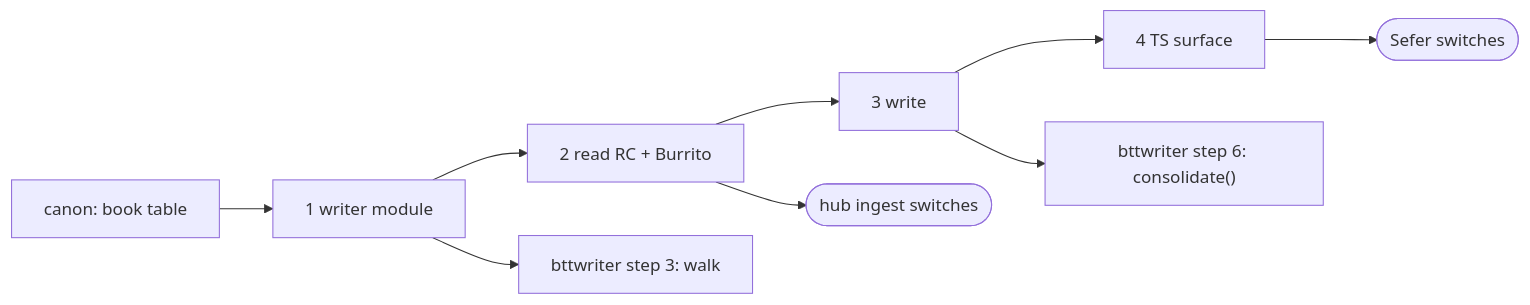
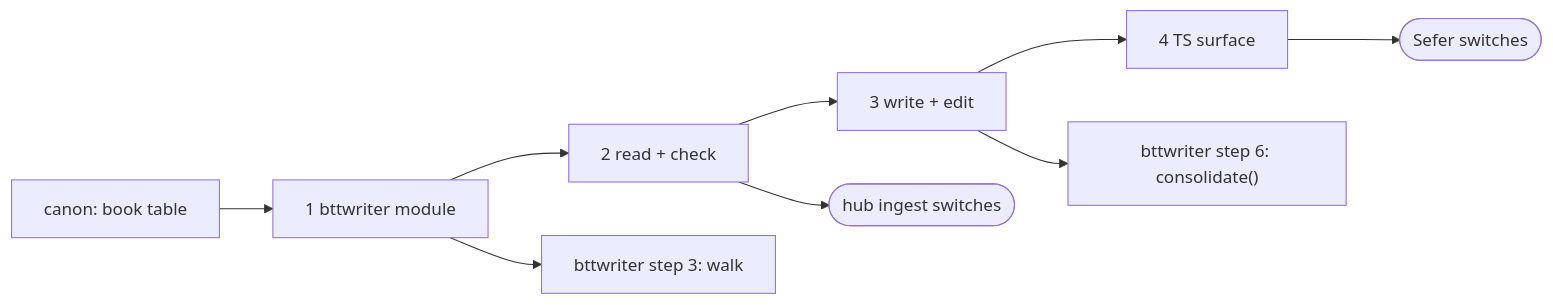
Before and after one commit to WycliffeAssociates/scripture-kitchen: the second of 2 diagrams in planning/items/2026-11-05-container-rc-burrito-and-writer-manifests-read-and.mdx, drawn with Mermaid. The commit also changed other lines of this file, not shown here.

Commit message:
plan: container — review answers: no mutation on read, findings as health, createBible from canon, one-commit edit, WA Burrito fork pinned (Sefer's metadata.json fails it 4 ways)

````diff
--- a/planning/items/2026-11-05-container-rc-burrito-and-writer-manifests-read-and.mdx
+++ b/planning/items/2026-11-05-container-rc-burrito-and-writer-manifests-read-and.mdx
@@ -283,8 +415,8 @@
 ```mermaid
 flowchart LR
-  c1["canon: book table"] --> w["1 writer module"] --> r["2 read RC + Burrito"] --> wr["3 write"] --> ts["4 TS surface"]
+  c1["canon: book table"] --> w["1 bttwriter module"] --> r["2 read + check"] --> wr["3 write + edit"] --> ts["4 TS surface"]
   w --> b3["bttwriter step 3: walk"]
   r --> hub(["hub ingest switches"])
   wr --> b6["bttwriter step 6: consolidate()"]
   ts --> sefer(["Sefer switches"])
 ```
````
